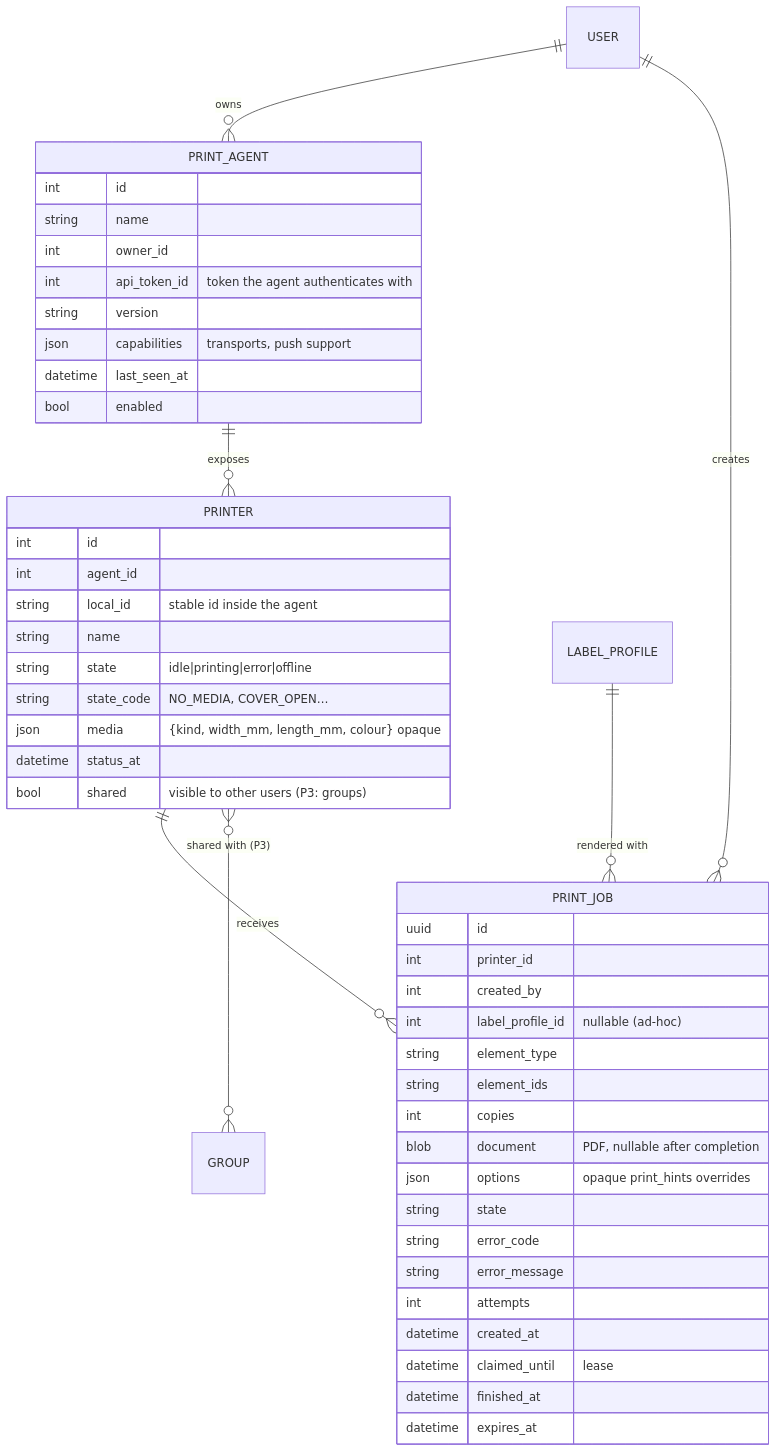
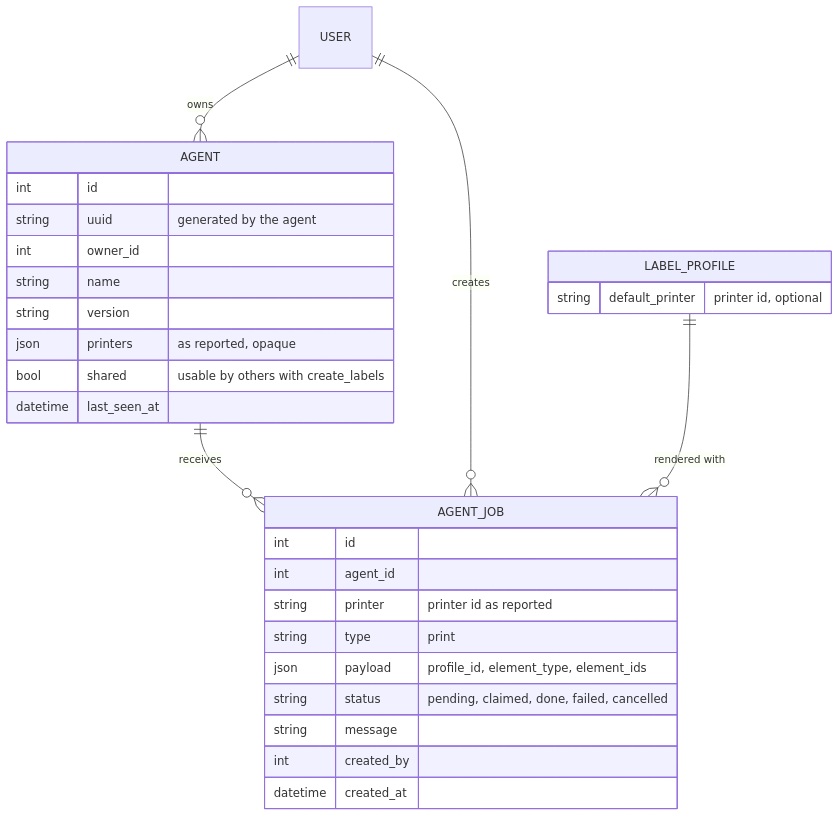
One commit to francisrath/partdb-print-agent changed the fifth of 5 diagrams in docs/architecture.md. Above: the diagram before and after it, drawn with Mermaid. The commit also changed other lines of this file and 3 other files, not shown here.

First line of the commit message:
docs: bring architecture.md up to date with the code; fix its diagrams (#72)

````diff
--- a/docs/architecture.md
+++ b/docs/architecture.md
@@ -344,50 +297,32 @@
 ```mermaid
 erDiagram
-  USER ||--o{ PRINT_AGENT : owns
-  PRINT_AGENT ||--o{ PRINTER : exposes
-  PRINTER ||--o{ PRINT_JOB : receives
-  USER ||--o{ PRINT_JOB : creates
-  LABEL_PROFILE ||--o{ PRINT_JOB : "rendered with"
-  PRINTER }o--o{ GROUP : "shared with (P3)"
+  USER ||--o{ AGENT : owns
+  AGENT ||--o{ AGENT_JOB : receives
+  USER ||--o{ AGENT_JOB : creates
+  LABEL_PROFILE ||--o{ AGENT_JOB : "rendered with"
 
-  PRINT_AGENT {
+  AGENT {
     int id
+    string uuid "generated by the agent"
+    int owner_id
     string name
-    int owner_id
-    int api_token_id "token the agent authenticates with"
     string version
-    json capabilities "transports, push support"
+    json printers "as reported, opaque"
+    bool shared "usable by others with create_labels"
     datetime last_seen_at
-    bool enabled
   }
-  PRINTER {
+  AGENT_JOB {
     int id
     int agent_id
-    string local_id "stable id inside the agent"
-    string name
-    string state "idle|printing|error|offline"
-    string state_code "NO_MEDIA, COVER_OPEN…"
-    json media "{kind, width_mm, length_mm, colour} opaque"
-    datetime status_at
-    bool shared "visible to other users (P3: groups)"
+    string printer "printer id as reported"
+    string type "print"
+    json payload "profile_id, element_type, element_ids"
+    string status "pending, claimed, done, failed, cancelled"
+    string message
+    int created_by
+    datetime created_at
   }
-  PRINT_JOB {
-    uuid id
-    int printer_id
-    int created_by
-    int label_profile_id "nullable (ad-hoc)"
-    string element_type
-    string element_ids
-    int copies
-    blob document "PDF, nullable after completion"
-    json options "opaque print_hints overrides"
-    string state
-    string error_code
-    string error_message
-    int attempts
-    datetime created_at
-    datetime claimed_until "lease"
-    datetime finished_at
-    datetime expires_at
+  LABEL_PROFILE {
+    string default_printer "printer id, optional"
   }
 ```
````
